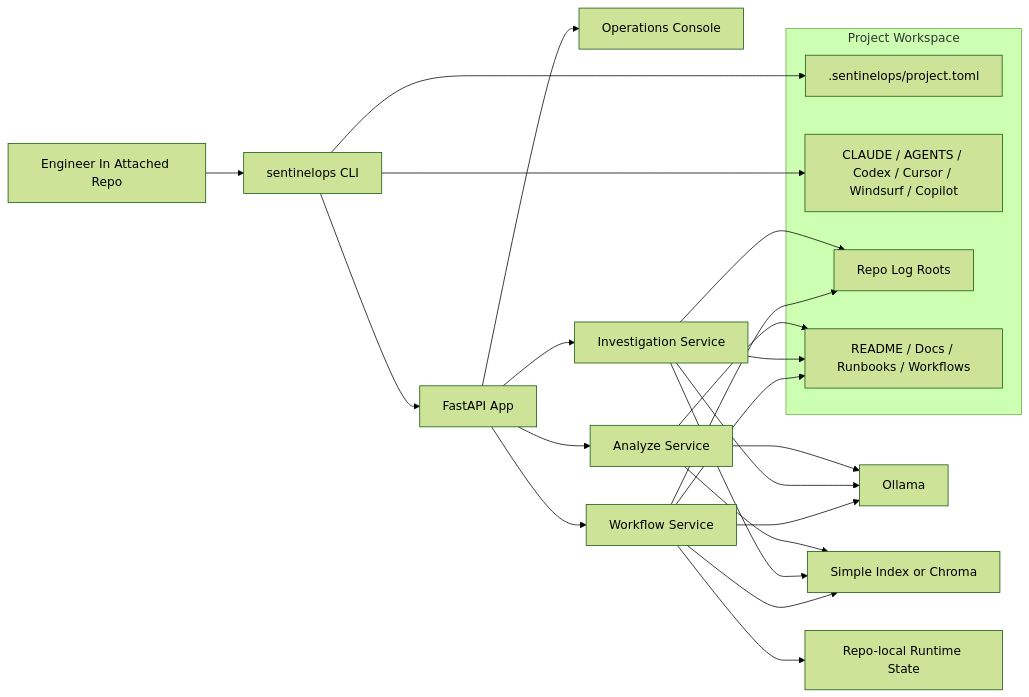
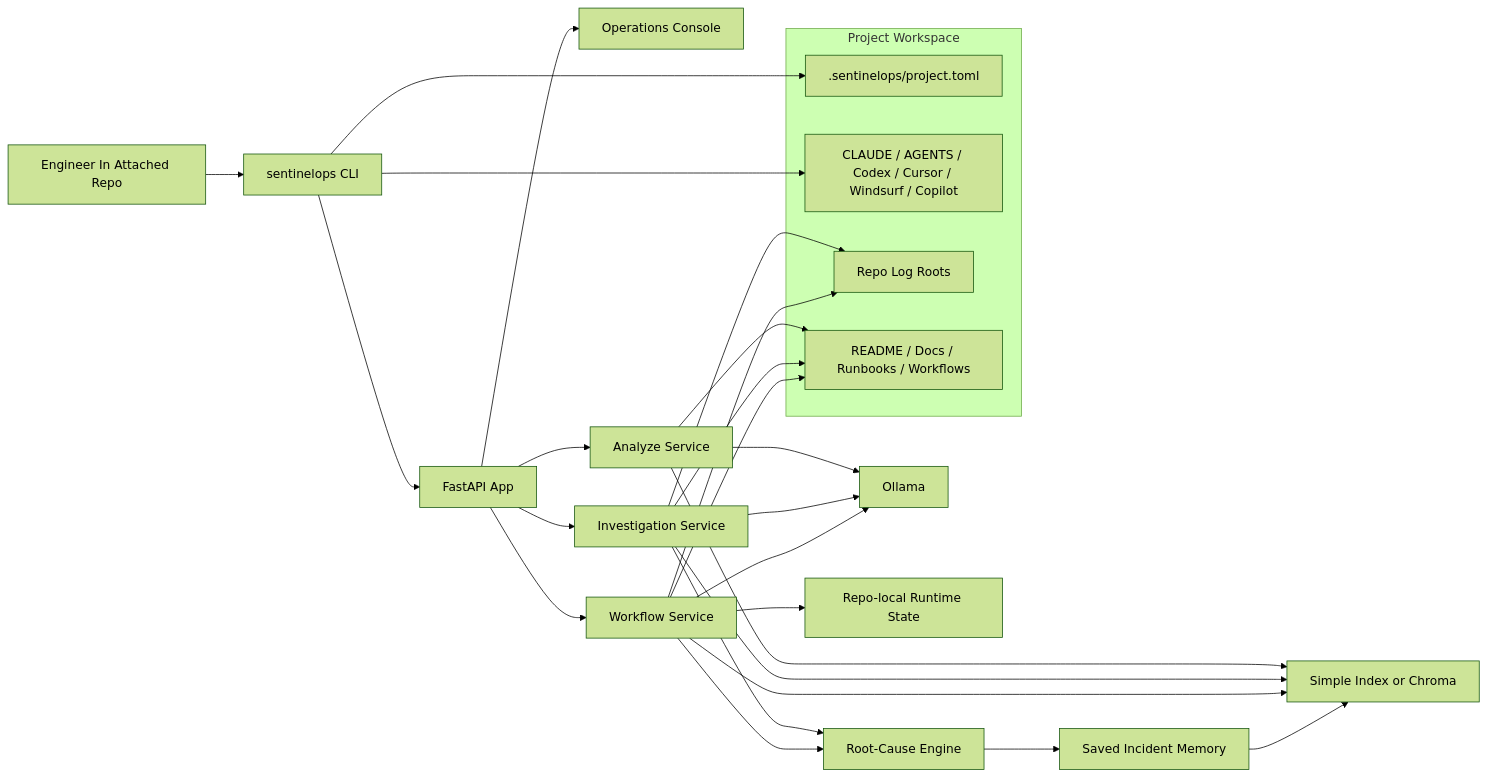
One commit to saikumar1767/Sentinel-Ops changed the first of 5 diagrams in README.md. Above: the diagram before and after it, drawn with Mermaid (forest theme). The commit also changed other lines of this file and 43 other files, not shown here.

Commit message:
Month 9 root cause brain upgrade

````diff
--- a/README.md
+++ b/README.md
@@ -172,29 +175,33 @@
 ```mermaid
 flowchart LR
     Engineer["Engineer In Attached Repo"] --> CLI["sentinelops CLI"]
     subgraph Repo["Project Workspace"]
         Config[".sentinelops/project.toml"]
         AgentFiles["CLAUDE / AGENTS / Codex / Cursor / Windsurf / Copilot"]
         Logs["Repo Log Roots"]
         Docs["README / Docs / Runbooks / Workflows"]
     end
     CLI --> Config
     CLI --> AgentFiles
     CLI --> API["FastAPI App"]
     API --> Console["Operations Console"]
     API --> Analyze["Analyze Service"]
     API --> Investigate["Investigation Service"]
     API --> Workflow["Workflow Service"]
     Analyze --> Docs
     Investigate --> Docs
     Investigate --> Logs
     Workflow --> Docs
     Workflow --> Logs
+    Investigate --> Brain["Root-Cause Engine"]
+    Workflow --> Brain
     Analyze --> Models["Ollama"]
     Investigate --> Models
     Workflow --> Models
     Analyze --> Retrieval["Simple Index or Chroma"]
     Investigate --> Retrieval
     Workflow --> Retrieval
+    Brain --> IncidentMemory["Saved Incident Memory"]
+    IncidentMemory --> Retrieval
     Workflow --> RuntimeState["Repo-local Runtime State"]
 ```
````
